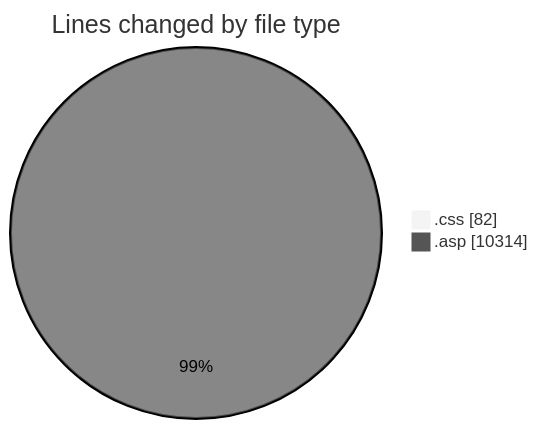
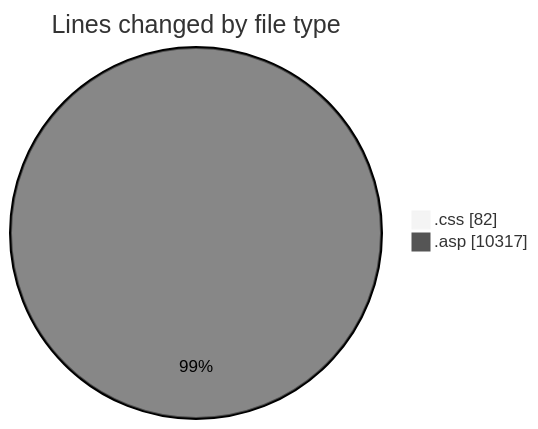
The first of 2 diagrams in 2025-11-16/cdp_aleoudev_fr__workspace_/README.md (julien-gomy/code-tracking), drawn with Mermaid (neutral theme) before and after one commit. The commit also changed other lines of this file and 1 other file, not shown here.

````diff
--- a/2025-11-16/cdp_aleoudev_fr__workspace_/README.md
+++ b/2025-11-16/cdp_aleoudev_fr__workspace_/README.md
@@ -34,6 +34,6 @@
 ```mermaid
 pie showData
 title Lines changed by file type
 ".css" : 82
-".asp" : 10314
+".asp" : 10317
 ```
````
